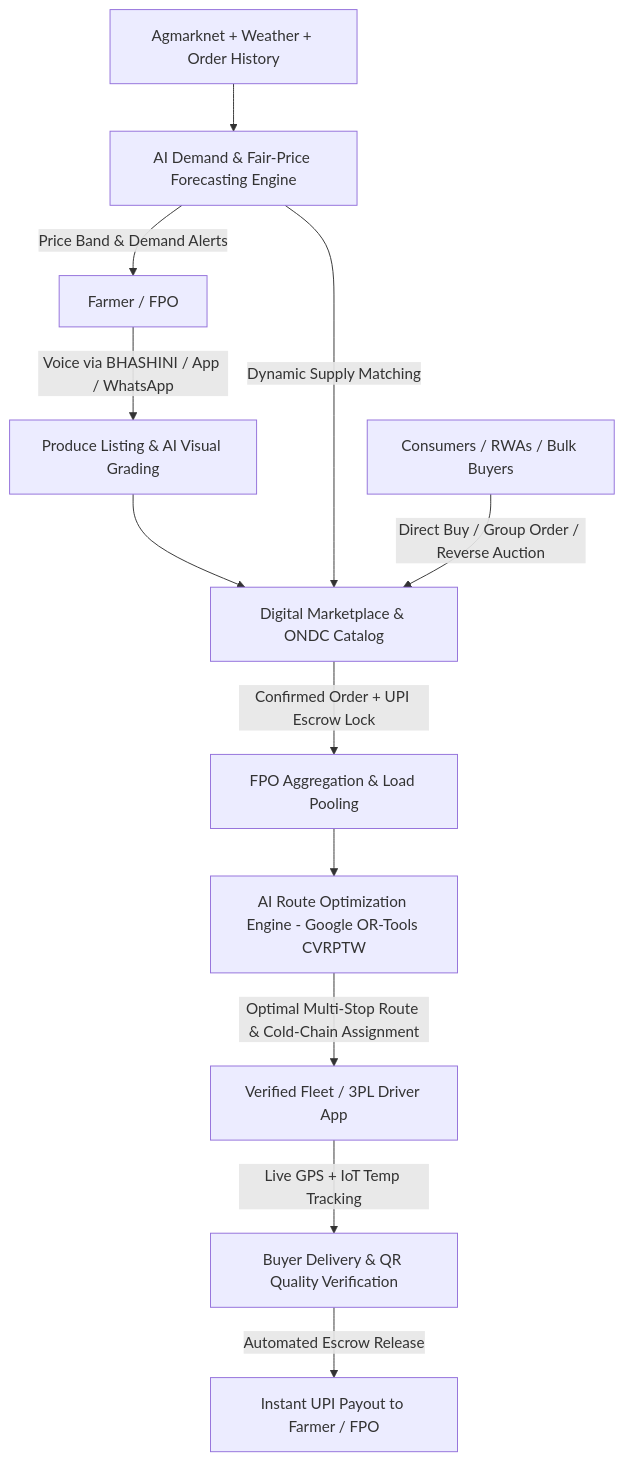
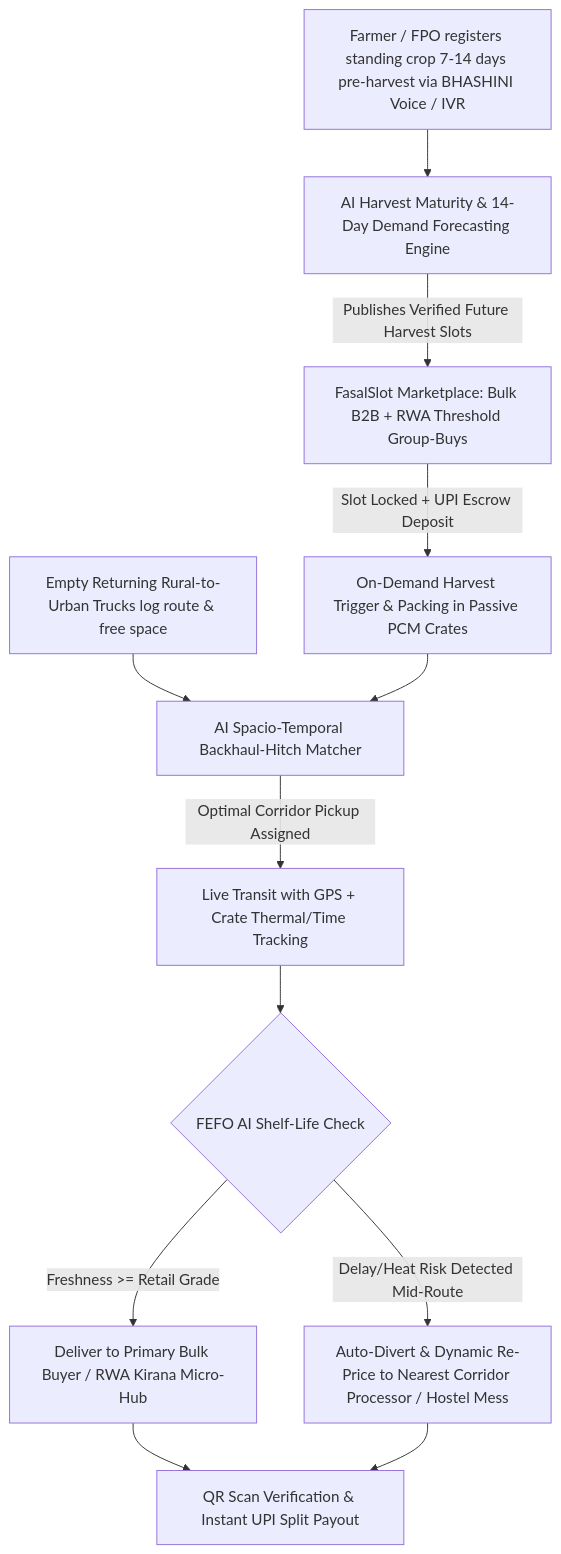
The diagram in README.md (danielss11008-hash/SIH-26033), drawn with Mermaid before and after one commit. The commit also changed other lines of this file, not shown here.

````diff
--- a/README.md
+++ b/README.md
@@ -77,14 +76,14 @@
 ```mermaid
 flowchart TD
-    A[Farmer / FPO] -->|Voice via BHASHINI / App / WhatsApp| B[Produce Listing & AI Visual Grading]
-    B --> C[Digital Marketplace & ONDC Catalog]
-    D[Agmarknet + Weather + Order History] --> E[AI Demand & Fair-Price Forecasting Engine]
-    E -->|Price Band & Demand Alerts| A
-    E -->|Dynamic Supply Matching| C
-    F[Consumers / RWAs / Bulk Buyers] -->|Direct Buy / Group Order / Reverse Auction| C
-    C -->|Confirmed Order + UPI Escrow Lock| G[FPO Aggregation & Load Pooling]
-    G --> H[AI Route Optimization Engine - Google OR-Tools CVRPTW]
-    H -->|Optimal Multi-Stop Route & Cold-Chain Assignment| I[Verified Fleet / 3PL Driver App]
-    I -->|Live GPS + IoT Temp Tracking| J[Buyer Delivery & QR Quality Verification]
-    J -->|Automated Escrow Release| K[Instant UPI Payout to Farmer / FPO]
+    A[Farmer / FPO registers standing crop 7-14 days pre-harvest via BHASHINI Voice / IVR] --> B[AI Harvest Maturity & 14-Day Demand Forecasting Engine]
+    B -->|Publishes Verified Future Harvest Slots| C[FasalSlot Marketplace: Bulk B2B + RWA Threshold Group-Buys]
+    C -->|Slot Locked + UPI Escrow Deposit| D[On-Demand Harvest Trigger & Packing in Passive PCM Crates]
+    E[Empty Returning Rural-to-Urban Trucks log route & free space] --> F[AI Spacio-Temporal Backhaul-Hitch Matcher]
+    D --> F
+    F -->|Optimal Corridor Pickup Assigned| G[Live Transit with GPS + Crate Thermal/Time Tracking]
+    G --> H{FEFO AI Shelf-Life Check}
+    H -->|Freshness >= Retail Grade| I[Deliver to Primary Bulk Buyer / RWA Kirana Micro-Hub]
+    H -->|Delay/Heat Risk Detected Mid-Route| J[Auto-Divert & Dynamic Re-Price to Nearest Corridor Processor / Hostel Mess]
+    I --> K[QR Scan Verification & Instant UPI Split Payout]
+    J --> K
 ```
````
